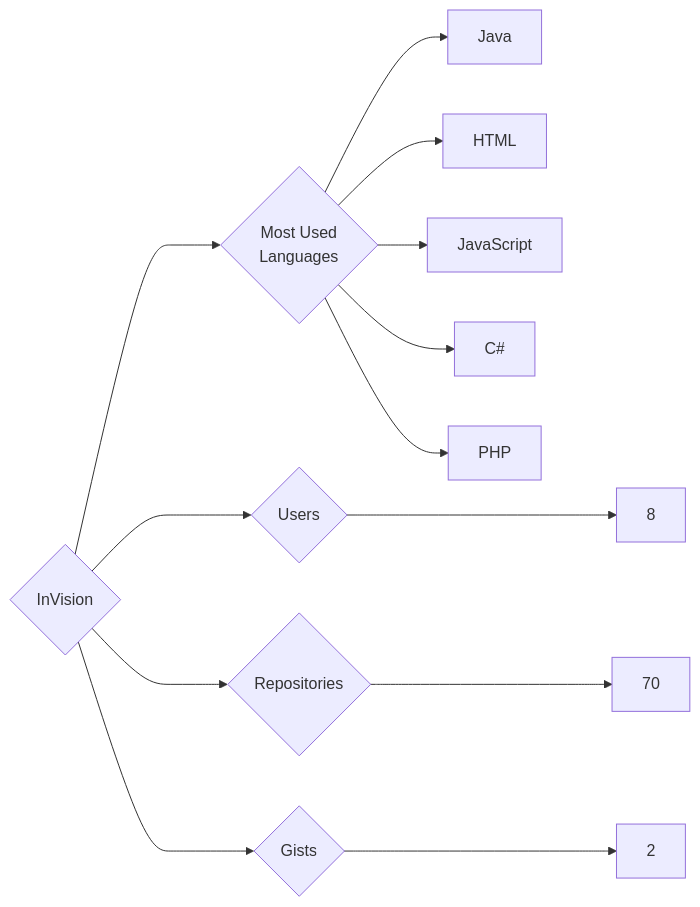
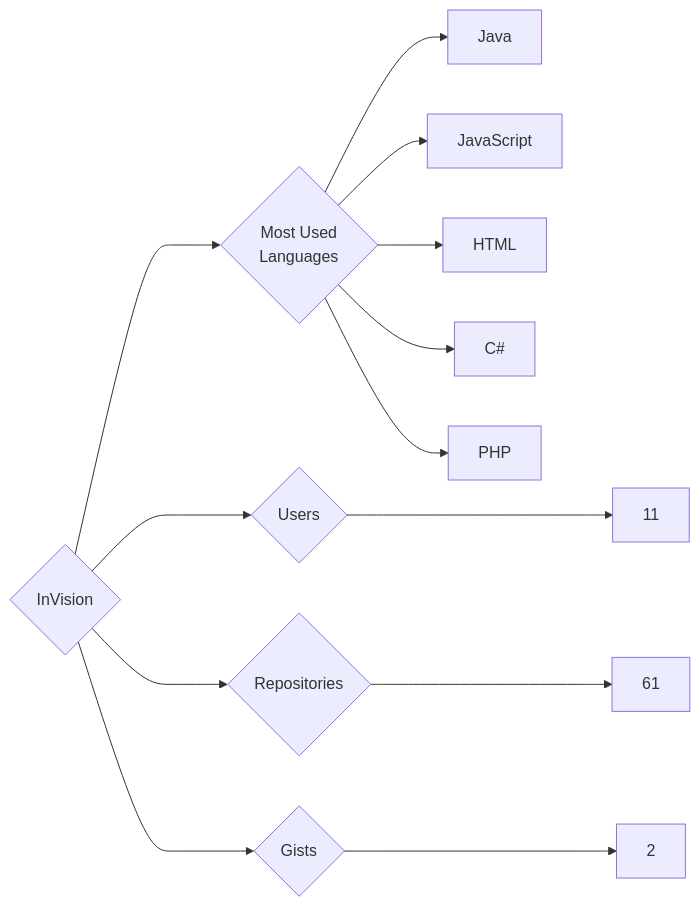
Before and after one commit to trickest/insiders: the diagram in targets/InVision/README.md, drawn with Mermaid. The commit also changed 1084 other files, not shown here.

````diff
--- a/targets/InVision/README.md
+++ b/targets/InVision/README.md
@@ -3,13 +3,13 @@
 ```mermaid
 graph LR
 COMPANY_NAME{InVision}
-COMPANY_NAME ---> U{Users} ---> UN[8]
-COMPANY_NAME ---> R{Repositories} ---> RN[70]
+COMPANY_NAME ---> U{Users} ---> UN[11]
+COMPANY_NAME ---> R{Repositories} ---> RN[61]
 COMPANY_NAME ---> G{Gists} ---> GN[2]
 COMPANY_NAME ---> ML{Most Used<br>Languages}
 ML --> Java[Java]
+ML --> JavaScript[JavaScript]
 ML --> HTML[HTML]
-ML --> JavaScript[JavaScript]
 ML --> C#[C#]
 ML --> PHP[PHP]
 ```
````
